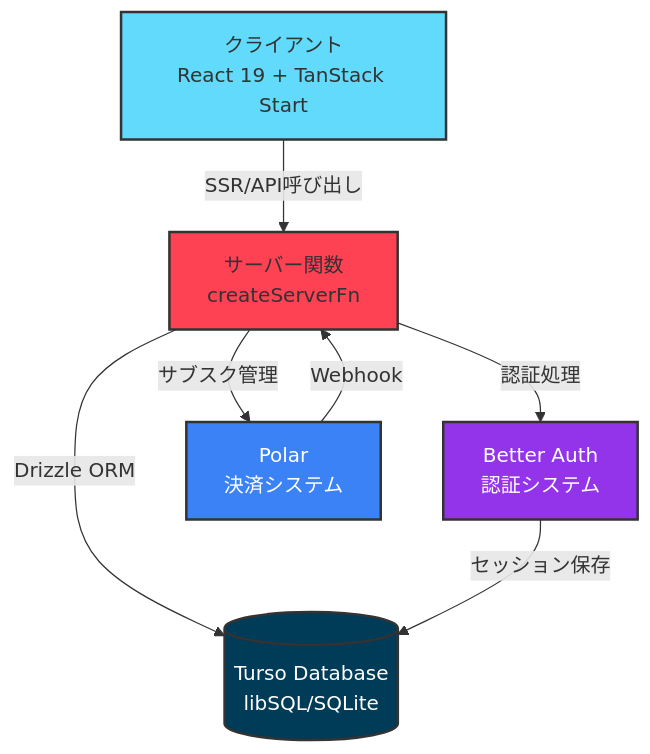
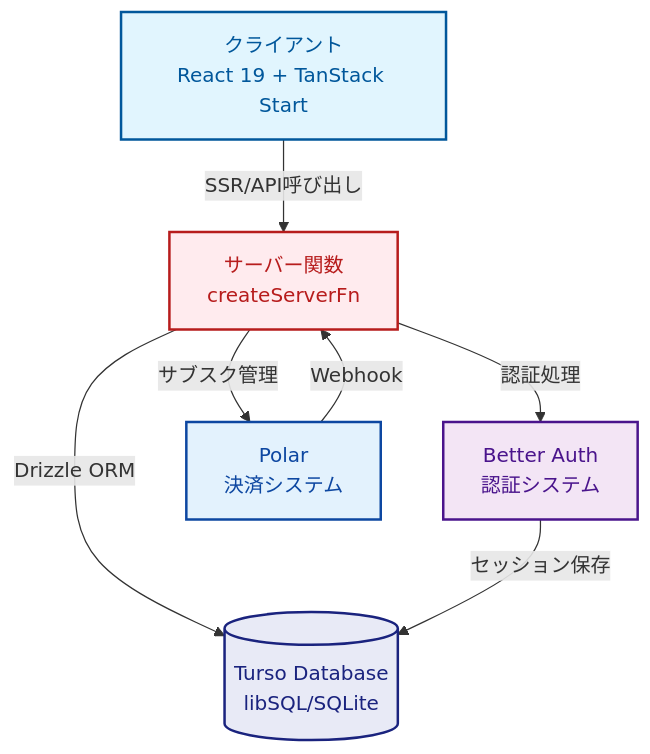
One commit to sc30gsw/tanstack-start-habits-tracker changed the first of 5 diagrams in README.md. Above: the diagram before and after it, drawn with Mermaid.

Commit message:
fix: 認証フローのスタイルを更新し、色を改善

````diff
--- a/README.md
+++ b/README.md
@@ -150,21 +150,21 @@
 ```mermaid
 graph TB
     Client[クライアント<br/>React 19 + TanStack Start]
     Server[サーバー関数<br/>createServerFn]
     DB[(Turso Database<br/>libSQL/SQLite)]
     Auth[Better Auth<br/>認証システム]
     Polar[Polar<br/>決済システム]
 
     Client -->|SSR/API呼び出し| Server
     Server -->|Drizzle ORM| DB
     Server -->|認証処理| Auth
     Server -->|サブスク管理| Polar
     Auth -->|セッション保存| DB
     Polar -->|Webhook| Server
 
-    style Client fill:#61DAFB,stroke:#333,stroke-width:2px
-    style Server fill:#FF4154,stroke:#333,stroke-width:2px
-    style DB fill:#003B57,stroke:#333,stroke-width:2px,color:#fff
-    style Auth fill:#9333EA,stroke:#333,stroke-width:2px,color:#fff
-    style Polar fill:#3B82F6,stroke:#333,stroke-width:2px,color:#fff
+    style Client fill:#E1F5FE,stroke:#01579B,stroke-width:2px,color:#01579B
+    style Server fill:#FFEBEE,stroke:#B71C1C,stroke-width:2px,color:#B71C1C
+    style DB fill:#E8EAF6,stroke:#1A237E,stroke-width:2px,color:#1A237E
+    style Auth fill:#F3E5F5,stroke:#4A148C,stroke-width:2px,color:#4A148C
+    style Polar fill:#E3F2FD,stroke:#0D47A1,stroke-width:2px,color:#0D47A1
 ```
````
